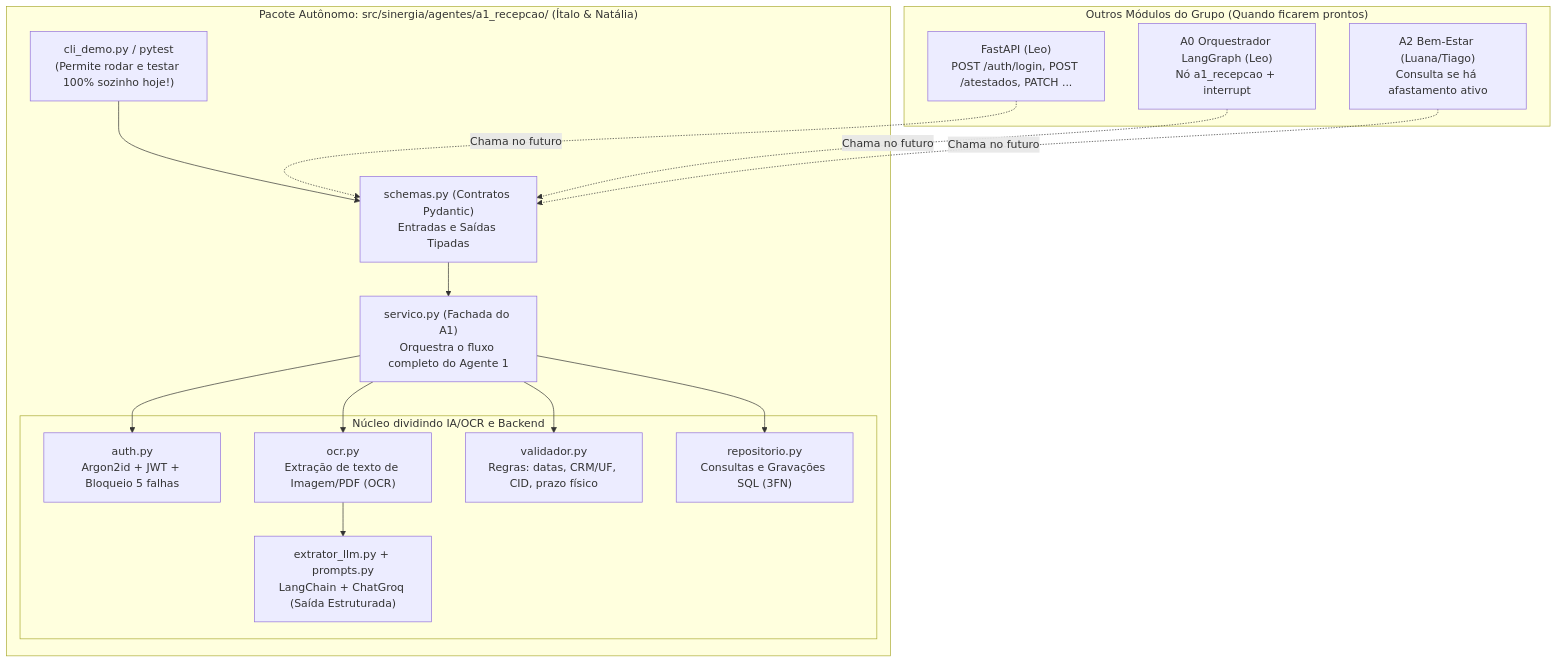
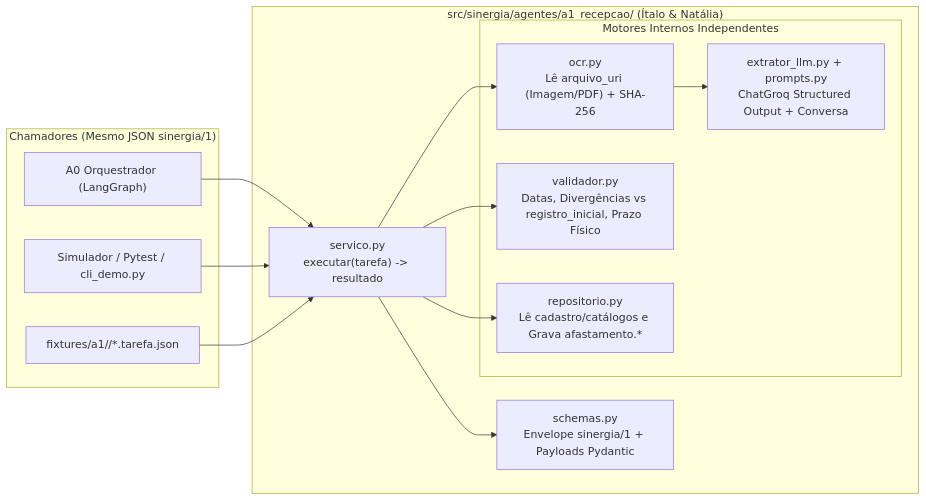
One commit to tiagotff/residencia-sinergia changed the first of 2 diagrams in docs/plano_desenvolvimento_a1.md. Above: the diagram before and after it, drawn with Mermaid. The commit also changed other lines of this file, not shown here.

Commit message:
docs(a1): atualiza plano de desenvolvimento do A1 para especificacao v2.1 e contrato sinergia/1

````diff
--- a/docs/plano_desenvolvimento_a1.md
+++ b/docs/plano_desenvolvimento_a1.md
@@ -50,33 +53,29 @@
 ```mermaid
-flowchart TB
-    subgraph Externo["Outros Módulos do Grupo (Quando ficarem prontos)"]
-        API["FastAPI (Leo)<br/>POST /auth/login, POST /atestados, PATCH ..."]
-        A0["A0 Orquestrador LangGraph (Leo)<br/>Nó a1_recepcao + interrupt"]
-        A2["A2 Bem-Estar (Luana/Tiago)<br/>Consulta se há afastamento ativo"]
+flowchart LR
+    subgraph Entrada["Chamadores (Mesmo JSON sinergia/1)"]
+        A0["A0 Orquestrador (LangGraph)"]
+        SIM["Simulador / Pytest / cli_demo.py"]
+        FIX["fixtures/a1/<acao>/*.tarefa.json"]
     end
 
-    subgraph A1["Pacote Autônomo: src/sinergia/agentes/a1_recepcao/ (Ítalo & Natália)"]
-        CLI["cli_demo.py / pytest<br/>(Permite rodar e testar 100% sozinho hoje!)"]
-        CONTRATOS["schemas.py (Contratos Pydantic)<br/>Entradas e Saídas Tipadas"]
-        SERVICO["servico.py (Fachada do A1)<br/>Orquestra o fluxo completo do Agente 1"]
+    subgraph PacoteA1["src/sinergia/agentes/a1_recepcao/ (Ítalo & Natália)"]
+        EXEC["servico.py<br/>executar(tarefa) -> resultado"]
+        SCHEMAS["schemas.py<br/>Envelope sinergia/1 + Payloads Pydantic"]
         
-        subgraph Nucleo["Núcleo dividindo IA/OCR e Backend"]
-            AUTH["auth.py<br/>Argon2id + JWT + Bloqueio 5 falhas"]
-            OCR["ocr.py<br/>Extração de texto de Imagem/PDF (OCR)"]
-            EXTRATOR["extrator_llm.py + prompts.py<br/>LangChain + ChatGroq (Saída Estruturada)"]
-            VALIDADOR["validador.py<br/>Regras: datas, CRM/UF, CID, prazo físico"]
-            REPO["repositorio.py<br/>Consultas e Gravações SQL (3FN)"]
+        subgraph Motores["Motores Internos Independentes"]
+            OCR["ocr.py<br/>Lê arquivo_uri (Imagem/PDF) + SHA-256"]
+            LLM["extrator_llm.py + prompts.py<br/>ChatGroq Structured Output + Conversa"]
+            VAL["validador.py<br/>Datas, Divergências vs registro_inicial, Prazo Físico"]
+            REPO["repositorio.py<br/>Lê cadastro/catálogos e Grava afastamento.*"]
         end
     end
 
-    CLI --> CONTRATOS
-    API -.->|"Chama no futuro"| CONTRATOS
-    A0 -.->|"Chama no futuro"| CONTRATOS
-    A2 -.->|"Chama no futuro"| CONTRATOS
-    CONTRATOS --> SERVICO
-    SERVICO --> AUTH
-    SERVICO --> OCR
-    OCR --> EXTRATOR
-    SERVICO --> VALIDADOR
-    SERVICO --> REPO
+    A0 --> EXEC
+    SIM --> EXEC
+    FIX --> EXEC
+    EXEC --> SCHEMAS
+    EXEC --> OCR
+    OCR --> LLM
+    EXEC --> VAL
+    EXEC --> REPO
 ```
````
